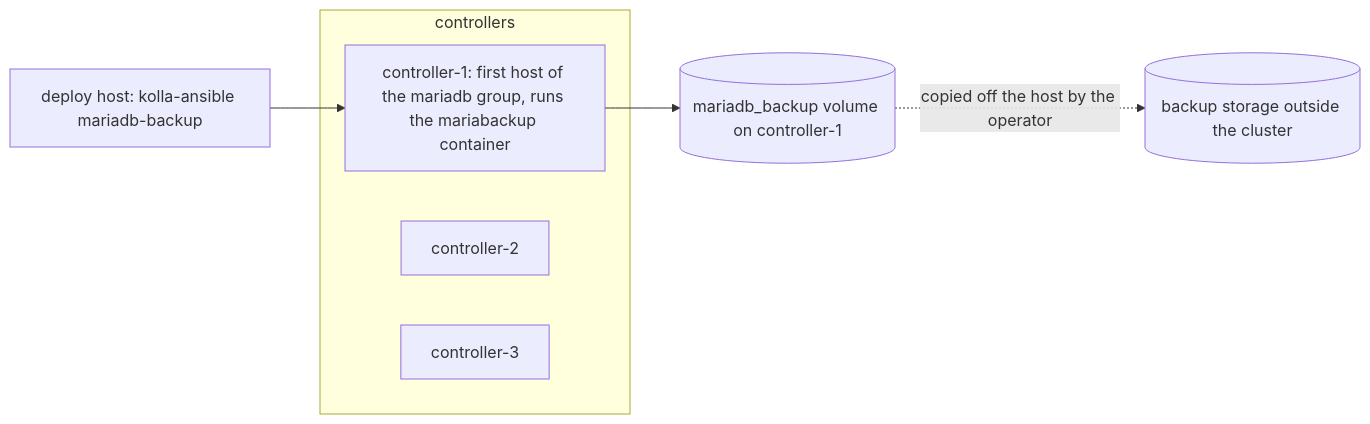
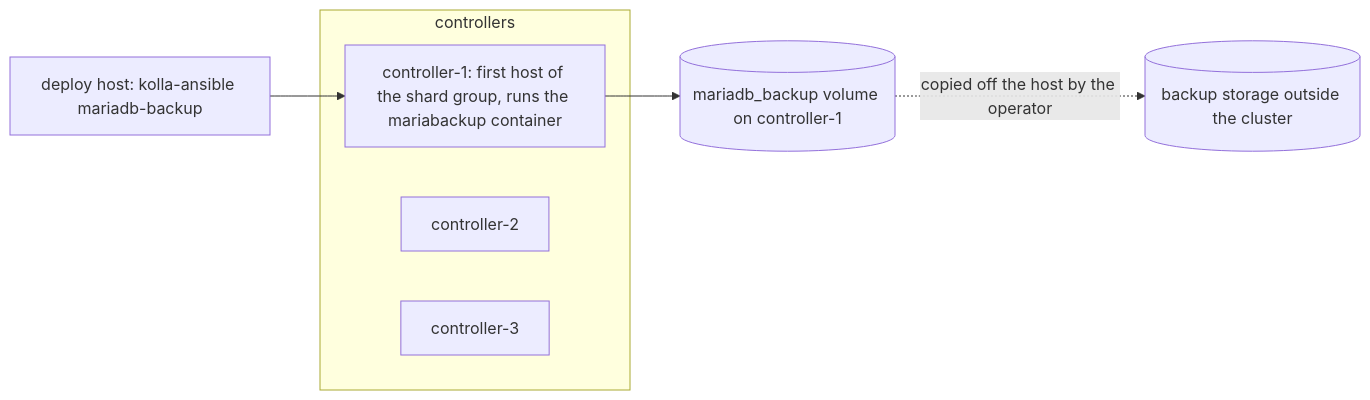
One commit to OzarLand/kolla-ansible-deployment-patterns changed the diagram in operations/mariadb-backup-and-restore-with-mariabackup.md. Above: the diagram before and after it, drawn with Mermaid. The commit also changed other lines of this file, not shown here.

````diff
--- a/operations/mariadb-backup-and-restore-with-mariabackup.md
+++ b/operations/mariadb-backup-and-restore-with-mariabackup.md
@@ -40,11 +40,11 @@
 ```mermaid
 flowchart LR
   deploy[deploy host: kolla-ansible mariadb-backup] --> c1
   subgraph controllers
-    c1["controller-1: first host of the mariadb group, runs the mariabackup container"]
+    c1["controller-1: first host of the shard group, runs the mariabackup container"]
     c2[controller-2]
     c3[controller-3]
   end
   c1 --> vol[(mariadb_backup volume on controller-1)]
   vol -. "copied off the host by the operator" .-> off[(backup storage outside the cluster)]
 ```
````
